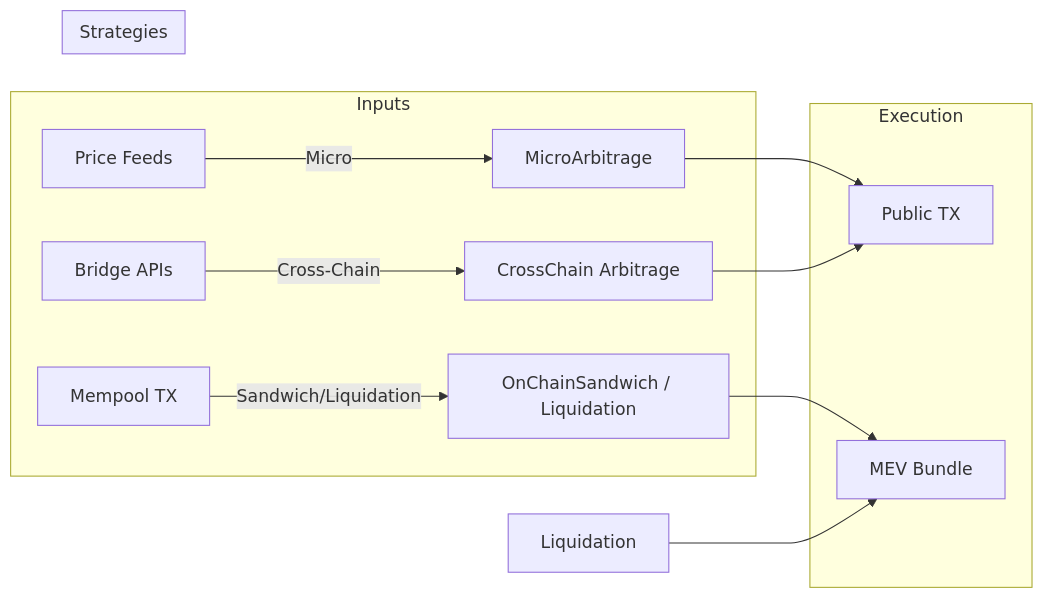
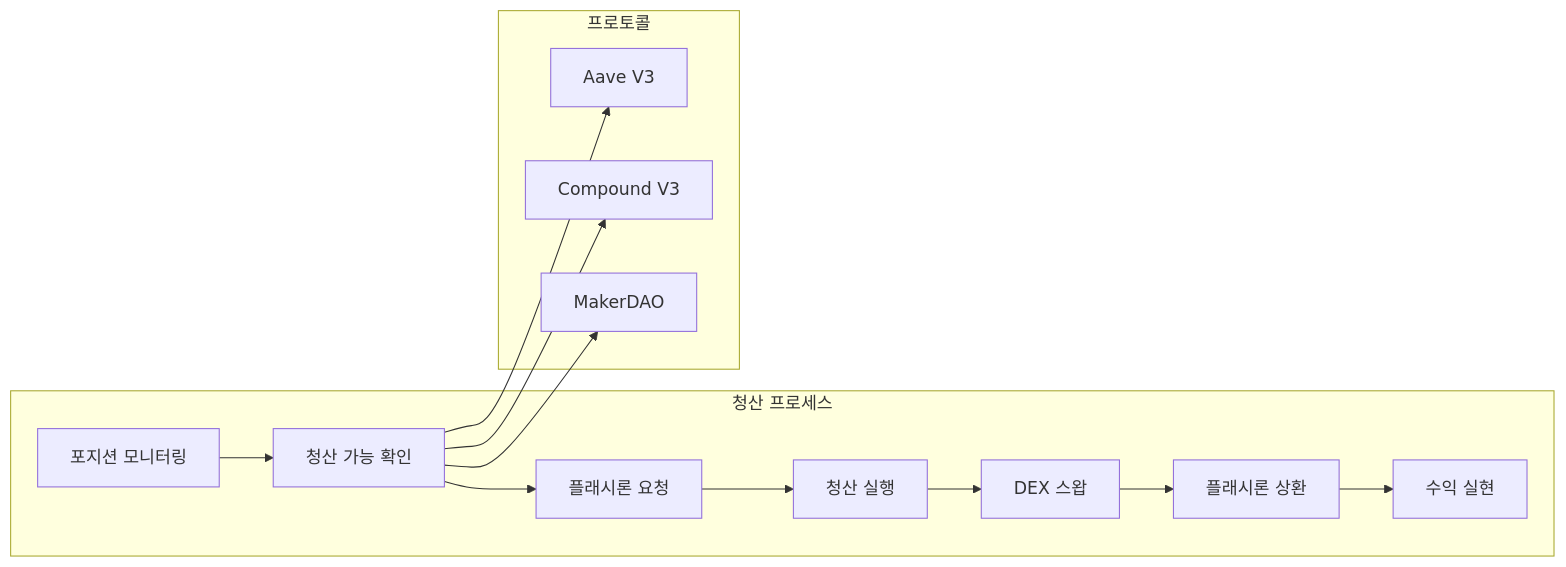
One commit to blockbit-hama/xCrack changed the third of 8 diagrams in docs/architecture.md. Above: the diagram before and after it, drawn with Mermaid. The commit also changed other lines of this file, not shown here.

````diff
--- a/docs/architecture.md
+++ b/docs/architecture.md
@@ -32,21 +188,21 @@
 ```mermaid
 flowchart LR
-  subgraph Inputs
-    A[Mempool TX]-- Sandwich/Liquidation -->B
-    P[Price Feeds]-- Micro -->C
-    X[Bridge APIs]-- Cross-Chain -->D
-  end
-  subgraph Strategies
-    B[OnChainSandwich / Liquidation]
-    C[MicroArbitrage]
-    D[CrossChain Arbitrage]
-  end
-  subgraph Execution
-    E[Public TX]
-    F[MEV Bundle]
-  end
-  C --> E
-  D --> E
-  B --> F
-  Liquidation --> F
+    subgraph "청산 프로세스"
+        A[포지션 모니터링] --> B[청산 가능 확인]
+        B --> C[플래시론 요청]
+        C --> D[청산 실행]
+        D --> E[DEX 스왑]
+        E --> F[플래시론 상환]
+        F --> G[수익 실현]
+    end
+    
+    subgraph "프로토콜"
+        H[Aave V3]
+        I[Compound V3]
+        J[MakerDAO]
+    end
+    
+    B --> H
+    B --> I
+    B --> J
 ```
````
